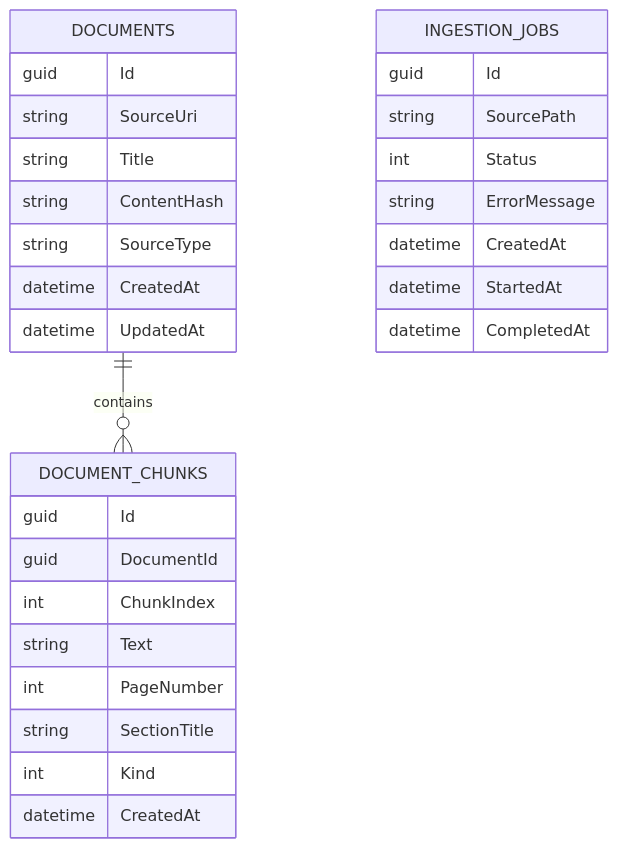
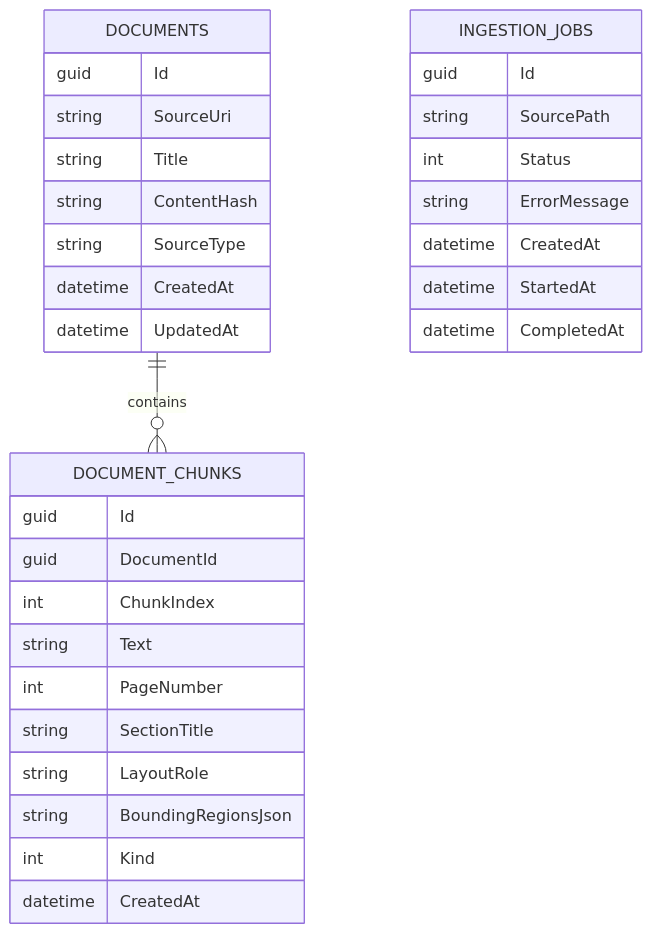
Before and after one commit to RegainFlow/ProjectRag: the second of 3 diagrams in docs/ARCHITECTURE.md, drawn with Mermaid. The commit also changed other lines of this file and 44 other files, not shown here.

````diff
--- a/docs/ARCHITECTURE.md
+++ b/docs/ARCHITECTURE.md
@@ -115,35 +129,37 @@
 ```mermaid
 erDiagram
     DOCUMENTS ||--o{ DOCUMENT_CHUNKS : contains
 
     DOCUMENTS {
         guid Id
         string SourceUri
         string Title
         string ContentHash
         string SourceType
         datetime CreatedAt
         datetime UpdatedAt
     }
 
     DOCUMENT_CHUNKS {
         guid Id
         guid DocumentId
         int ChunkIndex
         string Text
         int PageNumber
         string SectionTitle
+        string LayoutRole
+        string BoundingRegionsJson
         int Kind
         datetime CreatedAt
     }
 
     INGESTION_JOBS {
         guid Id
         string SourcePath
         int Status
         string ErrorMessage
         datetime CreatedAt
         datetime StartedAt
         datetime CompletedAt
     }
 ```
````
